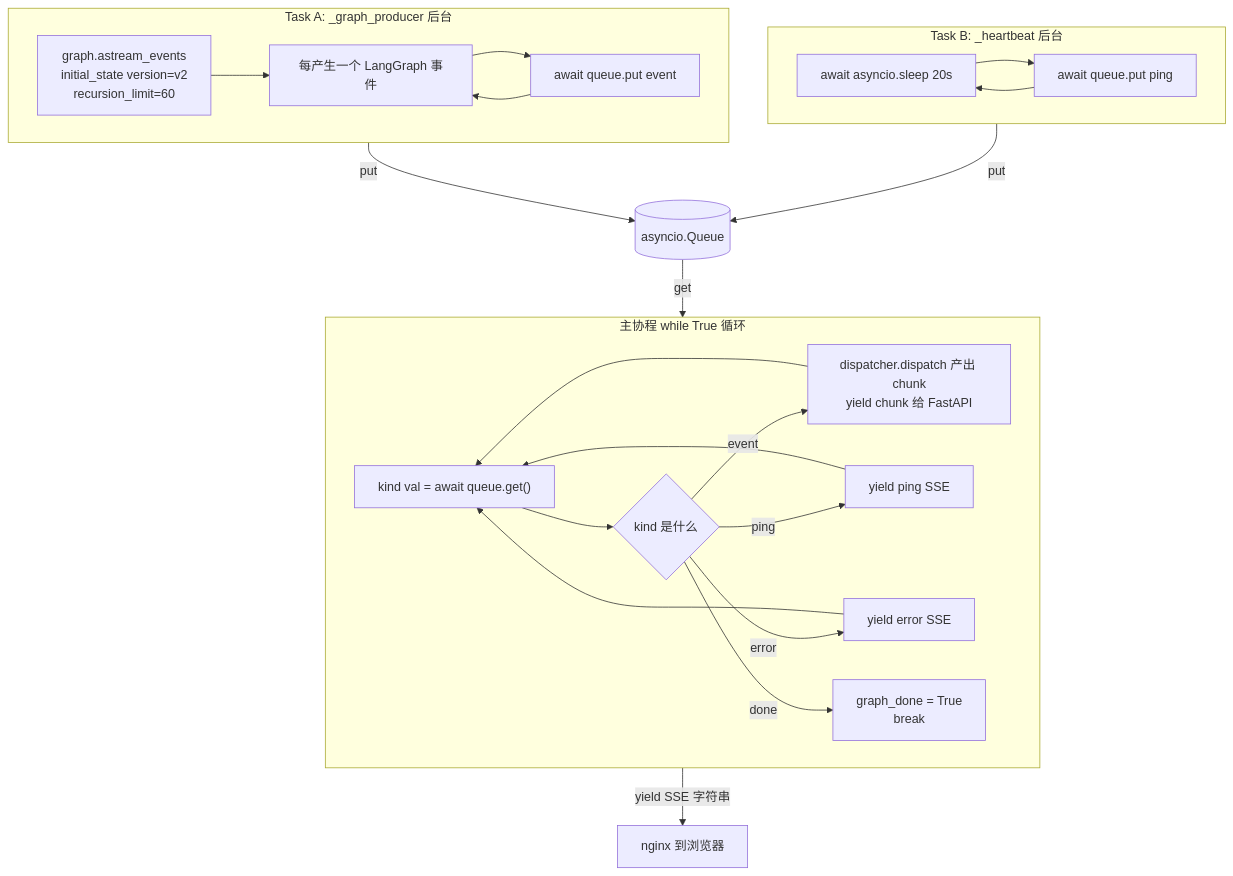
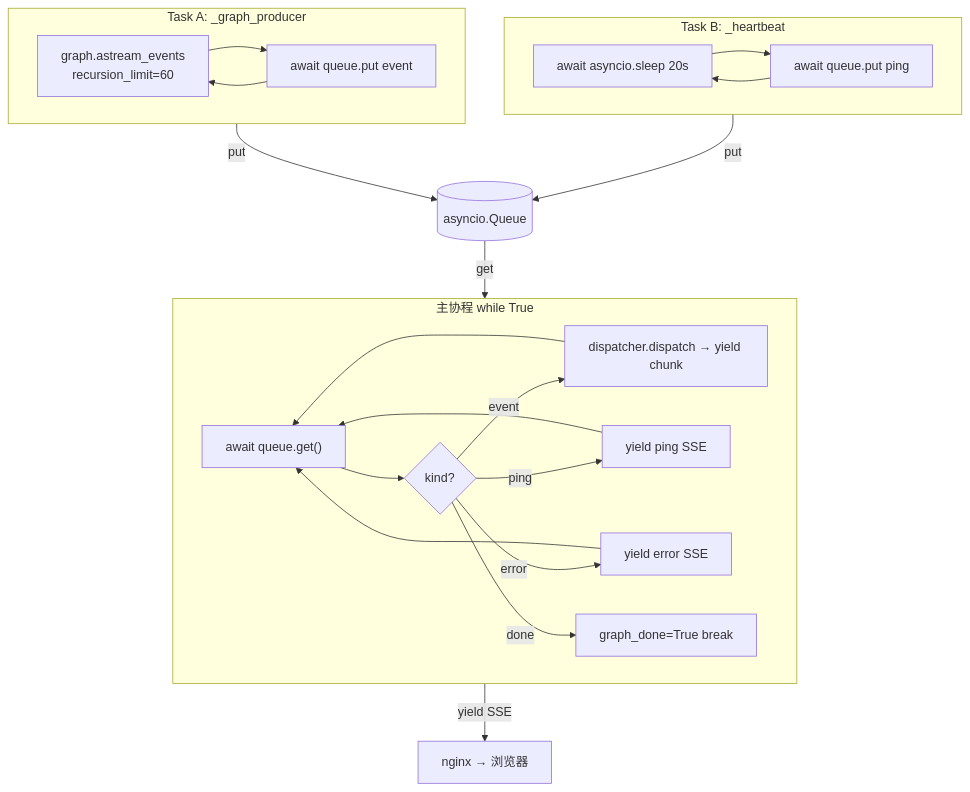
Before and after one commit to toolclub/wechat: the eighth of 13 diagrams in llm-chat/backend/README.md, drawn with Mermaid. The commit also changed other lines of this file and 38 other files, not shown here.

````diff
--- a/llm-chat/backend/README.md
+++ b/llm-chat/backend/README.md
@@ -264,34 +283,33 @@
 ```mermaid
 flowchart TD
-    subgraph TaskA["Task A: _graph_producer 后台"]
-        A1["graph.astream_events\ninitial_state version=v2\nrecursion_limit=60"]
-        A2["每产生一个 LangGraph 事件"]
-        A3["await queue.put event"]
-        A1 --> A2 --> A3 --> A2
+    subgraph TaskA["Task A: _graph_producer"]
+        A1["graph.astream_events\nrecursion_limit=60"]
+        A2["await queue.put event"]
+        A1 --> A2 --> A1
     end
 
-    subgraph TaskB["Task B: _heartbeat 后台"]
+    subgraph TaskB["Task B: _heartbeat"]
         B1["await asyncio.sleep 20s"]
         B2["await queue.put ping"]
         B1 --> B2 --> B1
     end
 
-    subgraph MAIN["主协程 while True 循环"]
-        M1["kind val = await queue.get()"]
-        M2{"kind 是什么"}
-        M3["dispatcher.dispatch 产出 chunk\nyield chunk 给 FastAPI"]
+    subgraph MAIN["主协程 while True"]
+        M1["await queue.get()"]
+        M2{"kind?"}
+        M3["dispatcher.dispatch → yield chunk"]
         M4["yield ping SSE"]
         M5["yield error SSE"]
-        M6["graph_done = True\nbreak"]
+        M6["graph_done=True break"]
         M1 --> M2
         M2 -->|event| M3 --> M1
         M2 -->|ping| M4 --> M1
         M2 -->|error| M5 --> M1
         M2 -->|done| M6
     end
 
     TaskA -->|put| Q[(asyncio.Queue)]
     TaskB -->|put| Q
     Q -->|get| MAIN
-    MAIN -->|yield SSE 字符串| NGINX["nginx 到浏览器"]
+    MAIN -->|yield SSE| NGINX["nginx → 浏览器"]
 ```
````
